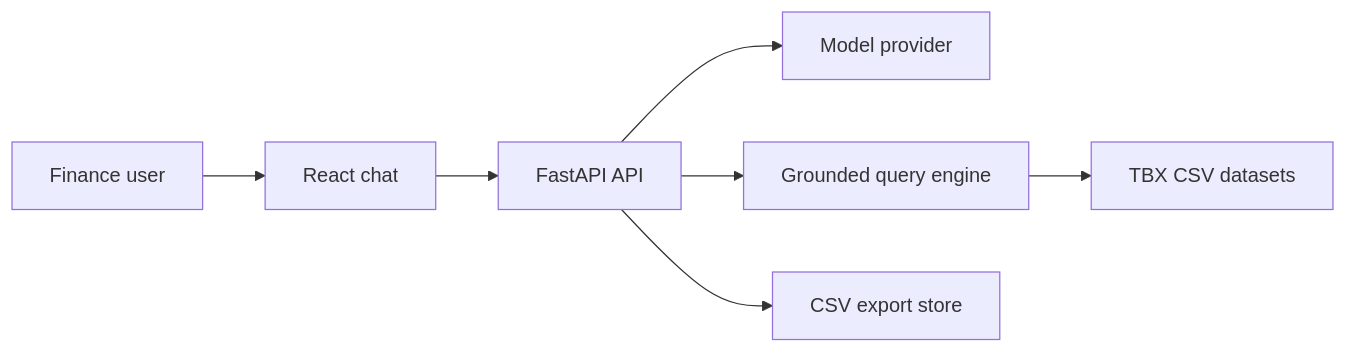
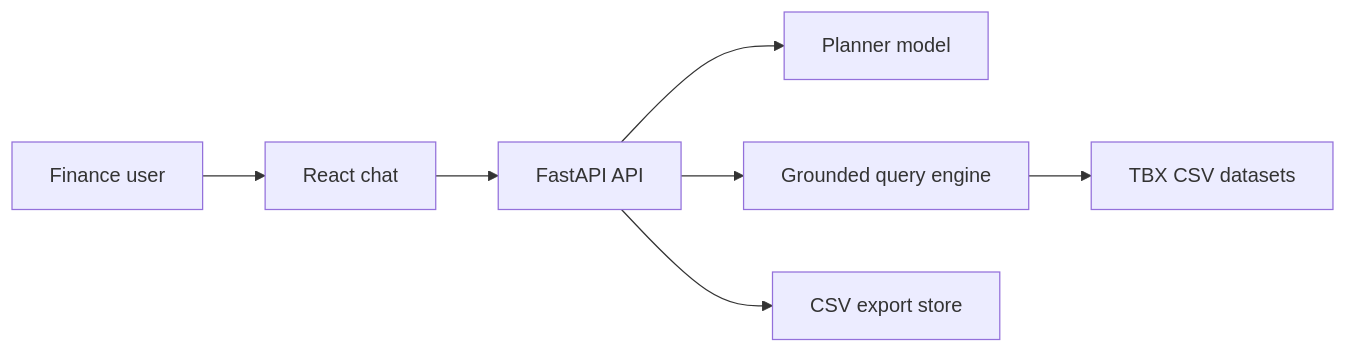
The first of 4 diagrams in docs/ARCHITECTURE.md (MenigStar91/tbx-ai-assistant), drawn with Mermaid before and after one commit. The commit also changed other lines of this file and 45 other files, not shown here.

Commit message:
feat: integrate final TBX schema and pre-prod guardrails

````diff
--- a/docs/ARCHITECTURE.md
+++ b/docs/ARCHITECTURE.md
@@ -36,9 +36,9 @@
 ```mermaid
 flowchart LR
     User[Finance user] --> UI[React chat]
     UI --> API[FastAPI API]
-    API --> Model[Model provider]
+    API --> Model[Planner model]
     API --> Engine[Grounded query engine]
     Engine --> CSV[TBX CSV datasets]
     API --> Export[CSV export store]
 ```
````
